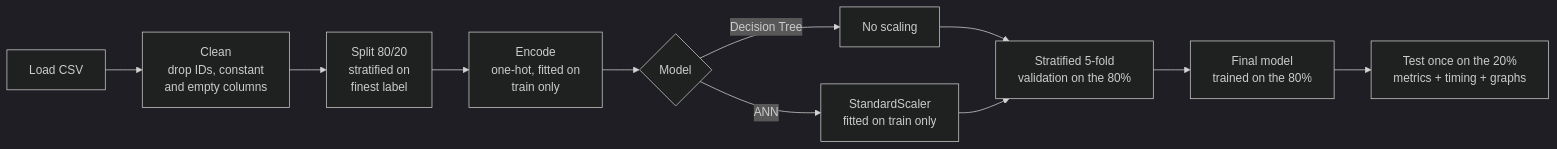
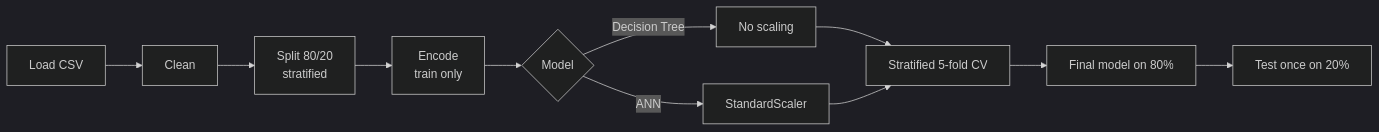
Before and after one commit to tayyabexe/Machine-Learning-Project-6th-Semester: the diagram in README.md, drawn with Mermaid (dark theme). The commit also changed other lines of this file and 10 other files, not shown here.

````diff
--- a/README.md
+++ b/README.md
@@ -79,13 +120,13 @@
 ```mermaid
 flowchart LR
-    A[Load CSV] --> B[Clean<br/>drop IDs, constant<br/>and empty columns]
-    B --> C[Split 80/20<br/>stratified on<br/>finest label]
-    C --> D[Encode<br/>one-hot, fitted on<br/>train only]
+    A[Load CSV] --> B[Clean]
+    B --> C[Split 80/20<br/>stratified]
+    C --> D[Encode<br/>train only]
     D --> E{Model}
     E -->|Decision Tree| F[No scaling]
-    E -->|ANN| G[StandardScaler<br/>fitted on train only]
-    F --> H[Stratified 5-fold<br/>validation on the 80%]
+    E -->|ANN| G[StandardScaler]
+    F --> H[Stratified 5-fold CV]
     G --> H
-    H --> I[Final model<br/>trained on the 80%]
-    I --> J[Test once on the 20%<br/>metrics + timing + graphs]
+    H --> I[Final model on 80%]
+    I --> J[Test once on 20%]
 ```
````
